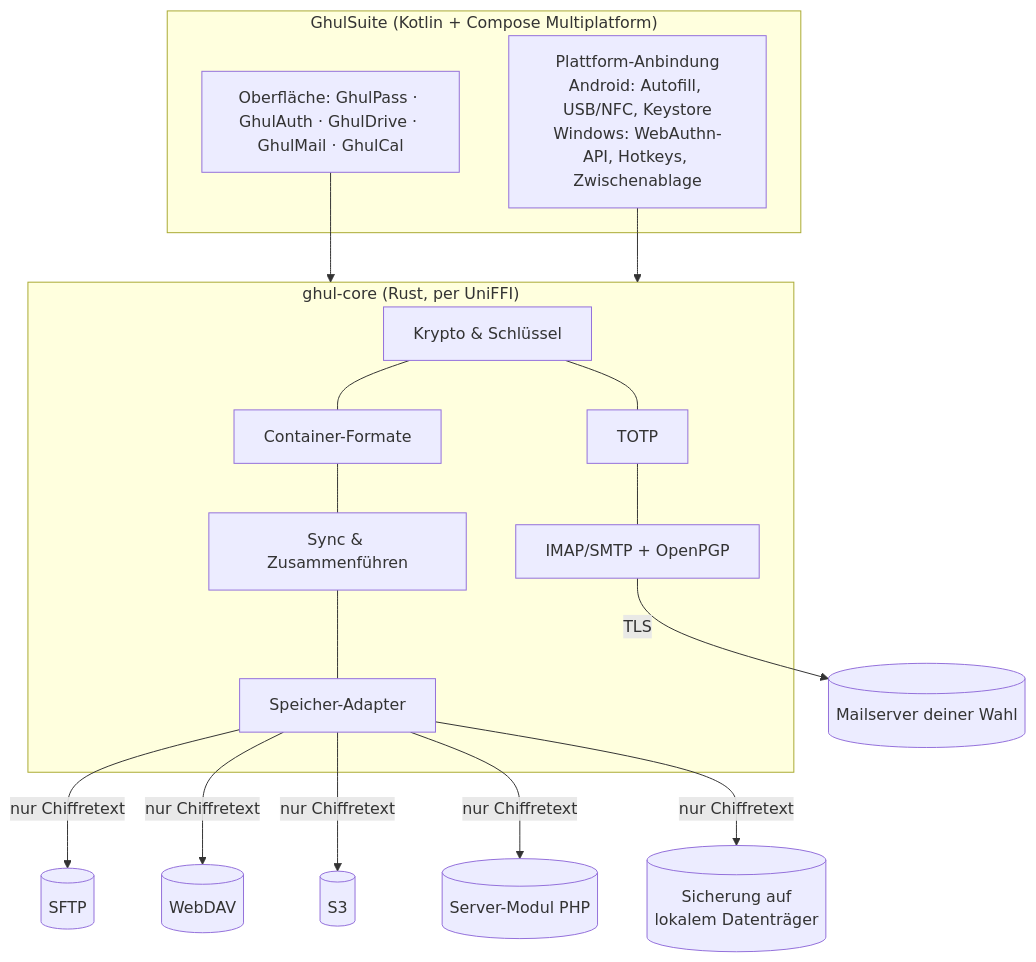
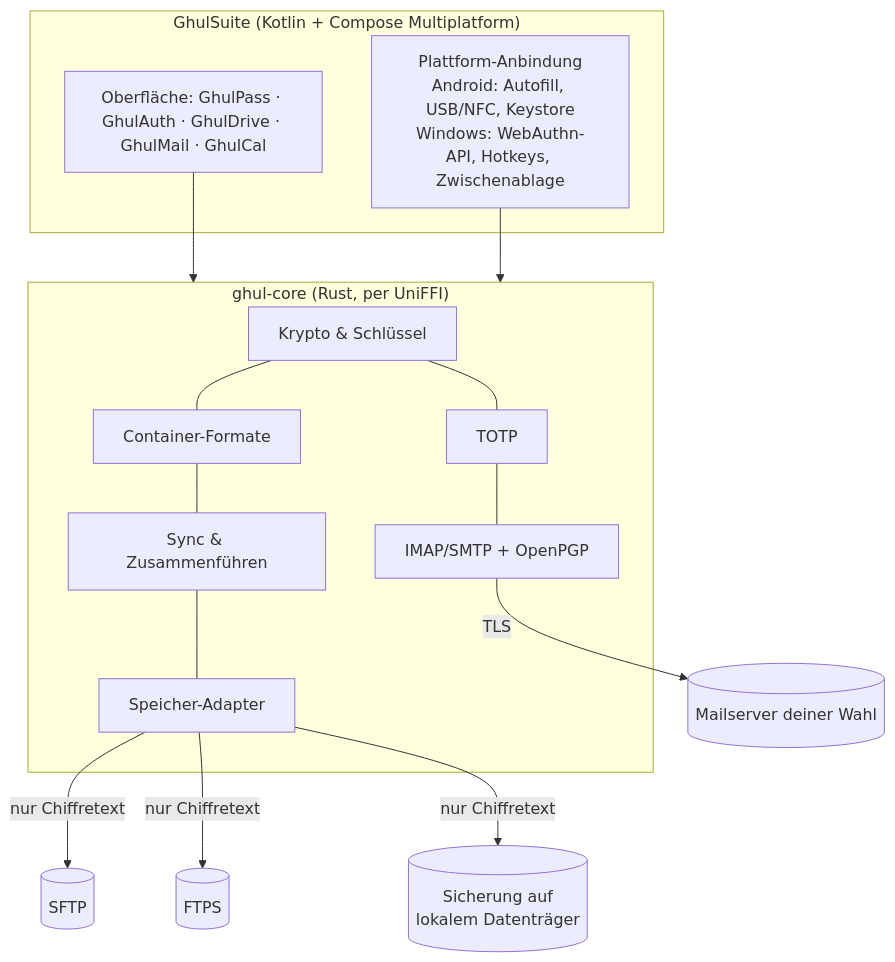
One commit to ghulaschsuppe/GhulSuite changed the first of 2 diagrams in docs/KONZEPT.md. Above: the diagram before and after it, drawn with Mermaid. The commit also changed other lines of this file and 13 other files, not shown here.

````diff
--- a/docs/KONZEPT.md
+++ b/docs/KONZEPT.md
@@ -80,17 +80,17 @@
 ```mermaid
 flowchart TB
   subgraph App["GhulSuite (Kotlin + Compose Multiplatform)"]
     UI[Oberfläche: GhulPass · GhulAuth · GhulDrive · GhulMail · GhulCal]
     PF[Plattform-Anbindung<br/>Android: Autofill, USB/NFC, Keystore<br/>Windows: WebAuthn-API, Hotkeys, Zwischenablage]
   end
   subgraph Core["ghul-core (Rust, per UniFFI)"]
     C1[Krypto & Schlüssel] --- C2[Container-Formate]
     C2 --- C3[Sync & Zusammenführen]
     C3 --- C4[Speicher-Adapter]
     C1 --- C5[TOTP] --- C6[IMAP/SMTP + OpenPGP]
   end
   UI --> Core
   PF --> Core
-  C4 -- "nur Chiffretext" --> S1[(SFTP)] & S2[(WebDAV)] & S3[(S3)] & S4[(Server-Modul PHP)] & S5[(Sicherung auf<br/>lokalem Datenträger)]
+  C4 -- "nur Chiffretext" --> S1[(SFTP)] & S2[(FTPS)] & S5[(Sicherung auf<br/>lokalem Datenträger)]
   C6 -- "TLS" --> M[(Mailserver deiner Wahl)]
 ```
````
